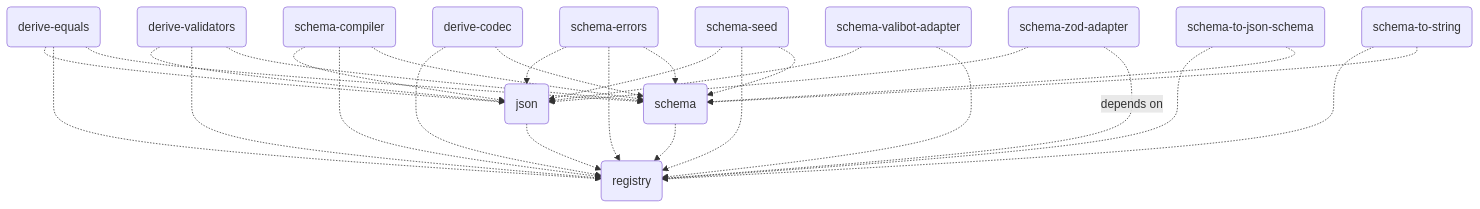
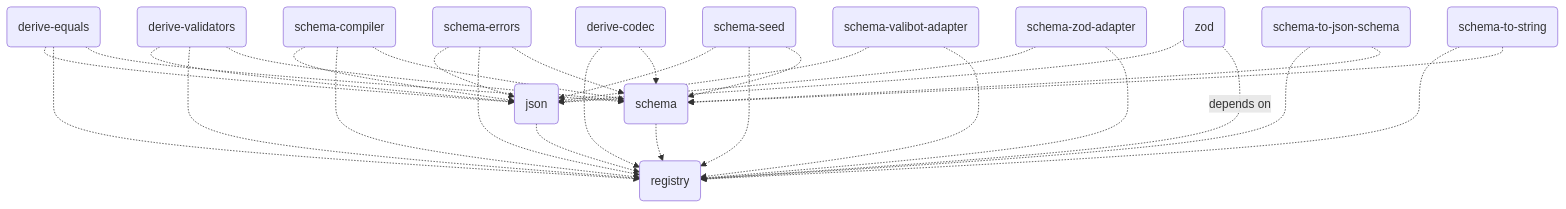
One commit to traversable/schema changed the diagram in README.md. Above: the diagram before and after it, drawn with Mermaid. The commit also changed 22 other files, not shown here.

````diff
--- a/README.md
+++ b/README.md
@@ -411,31 +411,33 @@
 ```mermaid
 flowchart TD
     registry(registry)
     json(json) -.-> registry(registry)
     schema(schema) -.-> registry(registry)
     derive-codec(derive-codec) -.-> registry(registry)
     derive-codec(derive-codec) -.-> schema(schema)
     derive-equals(derive-equals) -.-> json(json)
     derive-equals(derive-equals) -.-> registry(registry)
     derive-equals(derive-equals) -.-> schema(schema)
     derive-validators(derive-validators) -.-> json(json)
     derive-validators(derive-validators) -.-> registry(registry)
     derive-validators(derive-validators) -.-> schema(schema)
     schema-compiler(schema-compiler) -.-> json(json)
     schema-compiler(schema-compiler) -.-> registry(registry)
     schema-compiler(schema-compiler) -.-> schema(schema)
     schema-errors(schema-errors) -.-> json(json)
     schema-errors(schema-errors) -.-> registry(registry)
     schema-errors(schema-errors) -.-> schema(schema)
     schema-seed(schema-seed) -.-> json(json)
     schema-seed(schema-seed) -.-> registry(registry)
     schema-seed(schema-seed) -.-> schema(schema)
     schema-to-json-schema(schema-to-json-schema) -.-> registry(registry)
     schema-to-json-schema(schema-to-json-schema) -.-> schema(schema)
     schema-to-string(schema-to-string) -.-> registry(registry)
     schema-to-string(schema-to-string) -.-> schema(schema)
     schema-valibot-adapter(schema-valibot-adapter) -.-> json(json)
     schema-valibot-adapter(schema-valibot-adapter) -.-> registry(registry)
     schema-zod-adapter(schema-zod-adapter) -.-> json(json)
-    schema-zod-adapter(schema-zod-adapter) -.depends on.-> registry(registry)
+    schema-zod-adapter(schema-zod-adapter) -.-> registry(registry)
+    zod(zod) -.-> json(json)
+    zod(zod) -.depends on.-> registry(registry)
 ```
````
